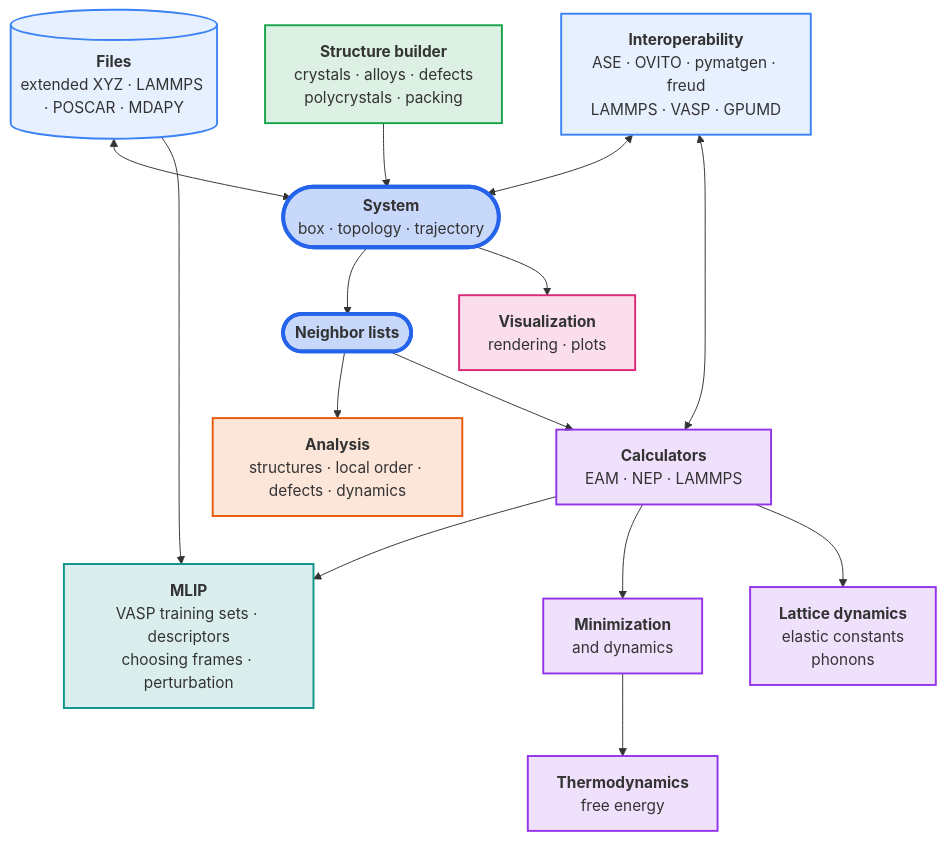
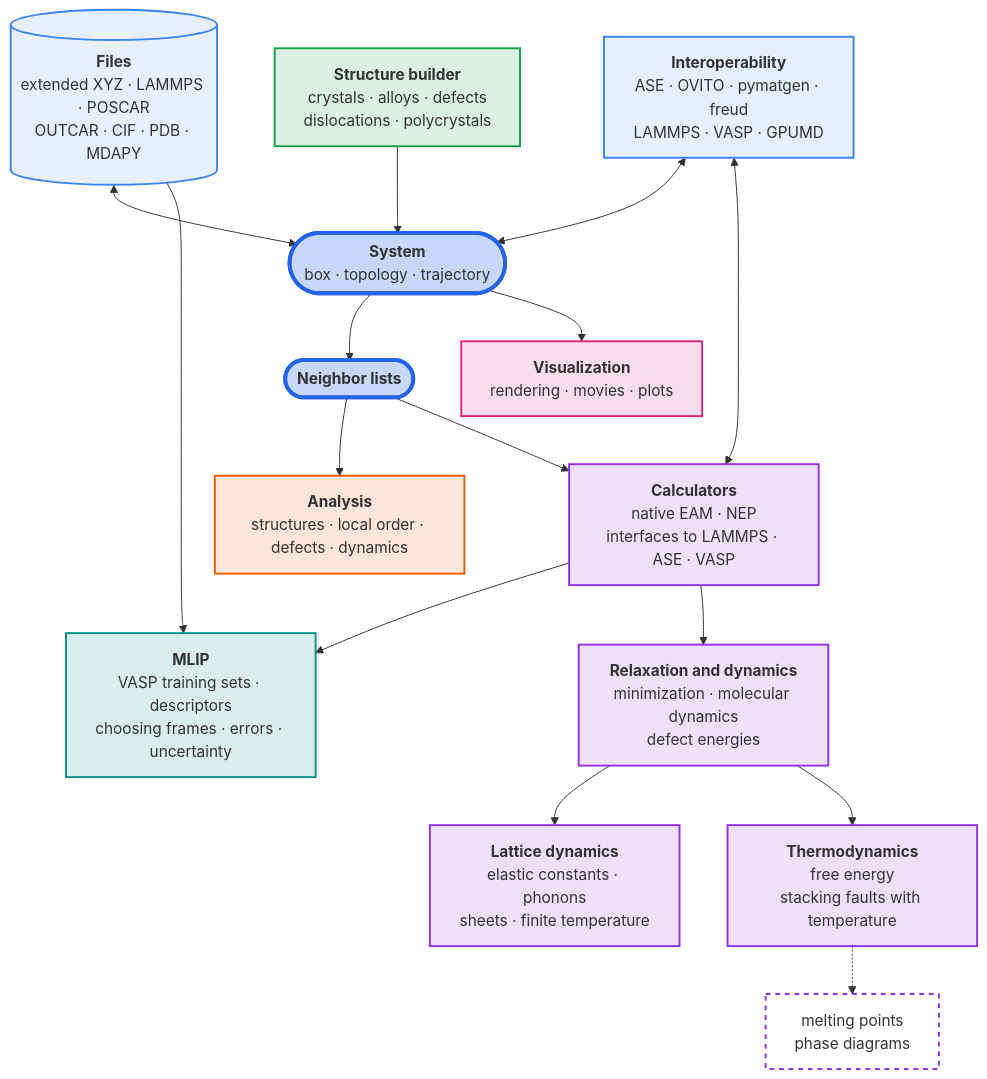
One commit to mushroomfire/mdapy changed the diagram in docs/index.md. Above: the diagram before and after it, drawn with Mermaid. The commit also changed other lines of this file and 360 other files, not shown here.

````diff
--- a/docs/index.md
+++ b/docs/index.md
@@ -24,44 +51,48 @@
 ```mermaid
 flowchart TB
-    files[("<b>Files</b><br/>extended XYZ · LAMMPS · POSCAR · MDAPY")]
-    build["<b>Structure builder</b><br/>crystals · alloys · defects<br/>polycrystals · packing"]
+    files[("<b>Files</b><br/>extended XYZ · LAMMPS · POSCAR<br/>OUTCAR · CIF · PDB · MDAPY")]
+    build["<b>Structure builder</b><br/>crystals · alloys · defects<br/>dislocations · polycrystals"]
     system(["<b>System</b><br/>box · topology · trajectory"])
     neighbors(["<b>Neighbor lists</b>"])
-    visual["<b>Visualization</b><br/>rendering · plots"]
-    mlip["<b>MLIP</b><br/>VASP training sets · descriptors<br/>choosing frames · perturbation"]
+    visual["<b>Visualization</b><br/>rendering · movies · plots"]
+    mlip["<b>MLIP</b><br/>VASP training sets · descriptors<br/>choosing frames · errors · uncertainty"]
     analysis["<b>Analysis</b><br/>structures · local order · defects · dynamics"]
-    calculators["<b>Calculators</b><br/>EAM · NEP · LAMMPS"]
-    minimization["<b>Minimization</b><br/>and dynamics"]
-    lattice["<b>Lattice dynamics</b><br/>elastic constants<br/>phonons"]
-    thermodynamics["<b>Thermodynamics</b><br/>free energy"]
+    calculators["<b>Calculators</b><br/>native EAM · NEP<br/>interfaces to LAMMPS · ASE · VASP"]
+    minimization["<b>Relaxation and dynamics</b><br/>minimization · molecular dynamics<br/>defect energies"]
+    lattice["<b>Lattice dynamics</b><br/>elastic constants · phonons<br/>sheets · finite temperature"]
+    thermodynamics["<b>Thermodynamics</b><br/>free energy<br/>stacking faults with temperature"]
+    planned["melting points<br/>phase diagrams"]
     packages["<b>Interoperability</b><br/>ASE · OVITO · pymatgen · freud<br/>LAMMPS · VASP · GPUMD"]
 
     files <--> system
     build --> system
     packages <--> system
     packages <--> calculators
     system --> neighbors
     system --> visual
     files --> mlip
     calculators --> mlip
     neighbors --> analysis
     neighbors --> calculators
     calculators --> minimization
-    calculators --> lattice
+    minimization --> lattice
     minimization --> thermodynamics
+    thermodynamics -.-> planned
 
     classDef core fill:#2563eb40,stroke:#2563eb,stroke-width:4px
     classDef data fill:#3b82f61f,stroke:#3b82f6,stroke-width:2px
     classDef analysis fill:#ea580c26,stroke:#ea580c,stroke-width:2px
     classDef simulation fill:#9333ea26,stroke:#9333ea,stroke-width:2px
+    classDef planned fill:none,stroke:#9333ea,stroke-width:2px,stroke-dasharray:5 5
     classDef build fill:#16a34a26,stroke:#16a34a,stroke-width:2px
     classDef visual fill:#db277726,stroke:#db2777,stroke-width:2px
     classDef mlip fill:#0d948826,stroke:#0d9488,stroke-width:2px
     class system,neighbors core
     class files,packages data
     class analysis analysis
     class calculators,minimization,lattice,thermodynamics simulation
+    class planned planned
     class build build
     class visual visual
     class mlip mlip
 ```
````
